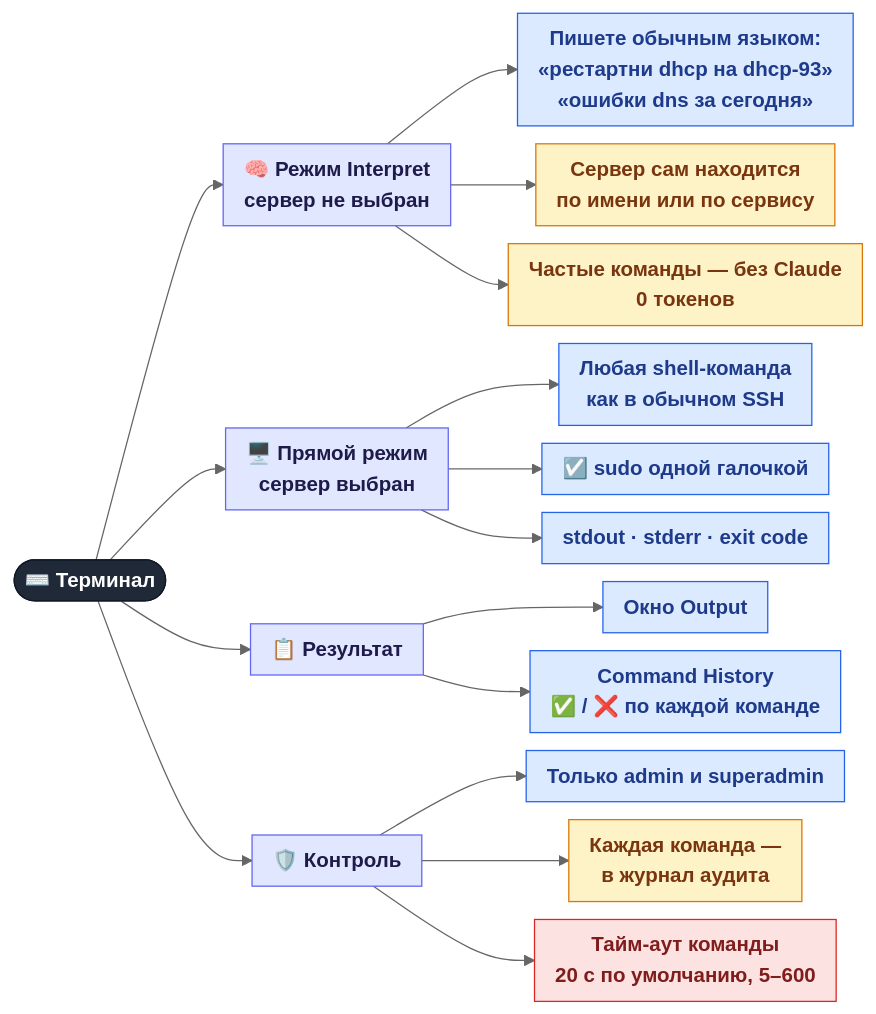
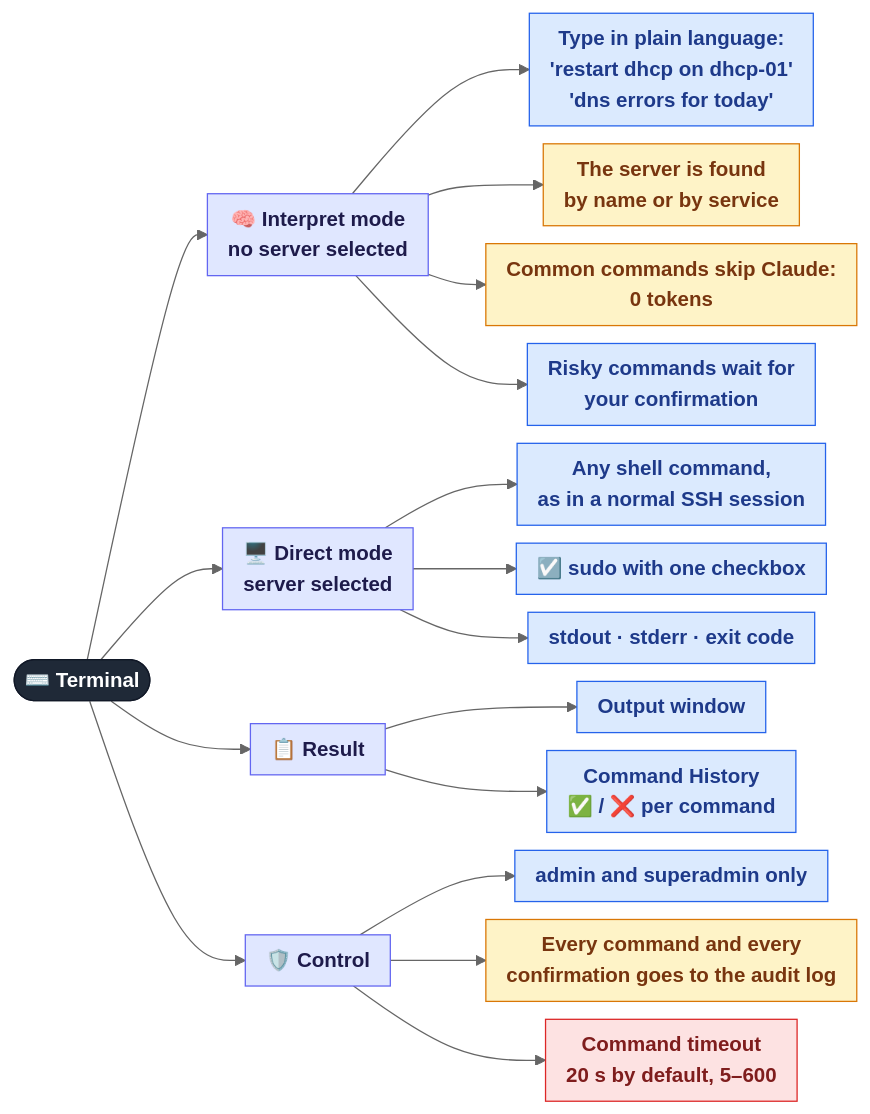
Before and after one commit to Madly222/MCPforMonitoring: the first of 2 diagrams in docs/features/04-terminal.md, drawn with Mermaid (neutral theme). The commit also changed other lines of this file and 37 other files, not shown here.

````diff
--- a/docs/features/04-terminal.md
+++ b/docs/features/04-terminal.md
@@ -7,30 +7,31 @@
 ```mermaid
 %%{init: {"flowchart": {"nodeSpacing": 14, "rankSpacing": 45, "curve": "basis", "padding": 8, "wrappingWidth": 260}}}%%
 flowchart LR
-    ROOT(["⌨️ Терминал"]):::root
+    ROOT(["⌨️ Terminal"]):::root
 
-    ROOT --> AI["🧠 Режим Interpret<br/>сервер не выбран"]:::group
-    AI --> A1["Пишете обычным языком:<br/>«рестартни dhcp на dhcp-93»<br/>«ошибки dns за сегодня»"]:::admin
-    AI --> A2["Сервер сам находится<br/>по имени или по сервису"]:::auto
-    AI --> A3["Частые команды — без Claude<br/>0 токенов"]:::auto
+    ROOT --> AI["🧠 Interpret mode<br/>no server selected"]:::group
+    AI --> A1["Type in plain language:<br/>'restart dhcp on dhcp-01'<br/>'dns errors for today'"]:::admin
+    AI --> A2["The server is found<br/>by name or by service"]:::auto
+    AI --> A3["Common commands skip Claude:<br/>0 tokens"]:::auto
+    AI --> A4["Risky commands wait for<br/>your confirmation"]:::admin
 
-    ROOT --> RAW["🖥️ Прямой режим<br/>сервер выбран"]:::group
-    RAW --> R1["Любая shell-команда<br/>как в обычном SSH"]:::admin
-    RAW --> R2["☑️ sudo одной галочкой"]:::admin
+    ROOT --> RAW["🖥️ Direct mode<br/>server selected"]:::group
+    RAW --> R1["Any shell command,<br/>as in a normal SSH session"]:::admin
+    RAW --> R2["☑️ sudo with one checkbox"]:::admin
     RAW --> R3["stdout · stderr · exit code"]:::admin
 
-    ROOT --> OUT["📋 Результат"]:::group
-    OUT --> O1["Окно Output"]:::admin
-    OUT --> O2["Command History<br/>✅ / ❌ по каждой команде"]:::admin
+    ROOT --> OUT["📋 Result"]:::group
+    OUT --> O1["Output window"]:::admin
+    OUT --> O2["Command History<br/>✅ / ❌ per command"]:::admin
 
-    ROOT --> CTRL["🛡️ Контроль"]:::group
-    CTRL --> K1["Только admin и superadmin"]:::admin
-    CTRL --> K2["Каждая команда —<br/>в журнал аудита"]:::auto
-    CTRL --> K3["Тайм-аут команды<br/>20 с по умолчанию, 5–600"]:::super
+    ROOT --> CTRL["🛡️ Control"]:::group
+    CTRL --> K1["admin and superadmin only"]:::admin
+    CTRL --> K2["Every command and every<br/>confirmation goes to the audit log"]:::auto
+    CTRL --> K3["Command timeout<br/>20 s by default, 5–600"]:::super
 
     classDef root  fill:#1f2937,stroke:#111827,color:#ffffff,font-weight:bold
     classDef group fill:#e0e7ff,stroke:#6366f1,color:#1e1b4b,font-weight:bold
     classDef admin fill:#dbeafe,stroke:#2563eb,color:#1e3a8a
     classDef super fill:#fde2e2,stroke:#dc2626,color:#7f1d1d
     classDef auto  fill:#fef3c7,stroke:#d97706,color:#78350f
 ```
````
